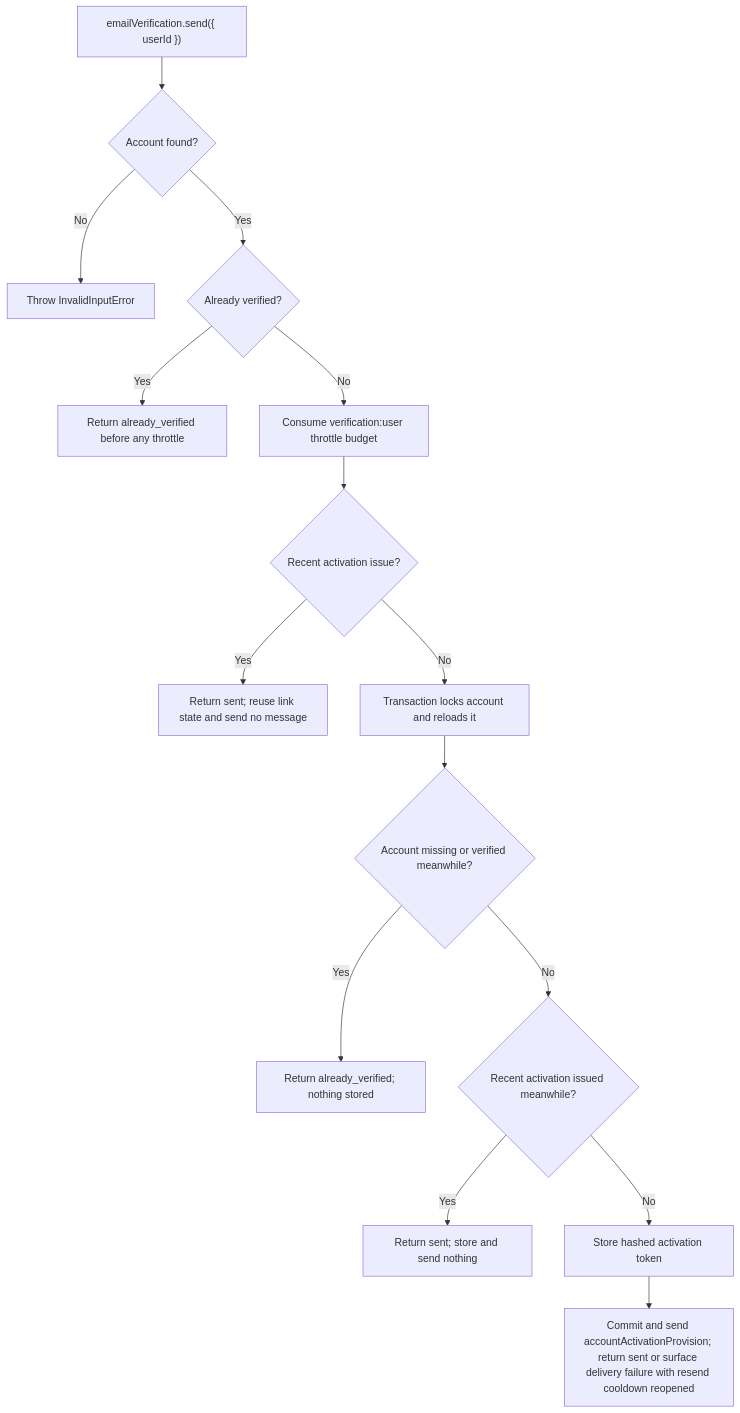
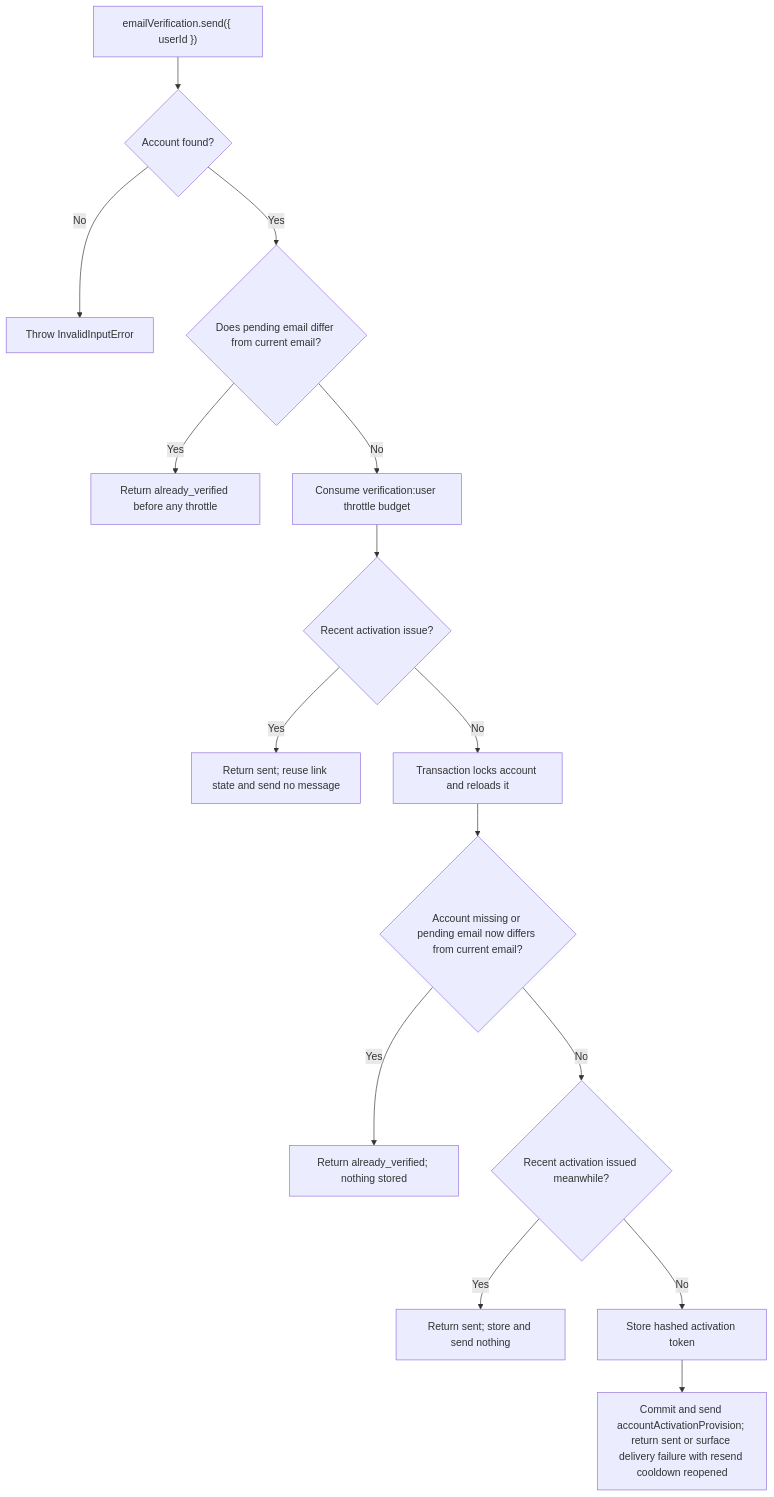
Before and after one commit to Kevinjohn/oss-adonisjs-account-kit: the second of 2 diagrams in user-stories/US-ACCOUNT-37-resend-verification.md, drawn with Mermaid. The commit also changed other lines of this file and 15 other files, not shown here.

````diff
--- a/user-stories/US-ACCOUNT-37-resend-verification.md
+++ b/user-stories/US-ACCOUNT-37-resend-verification.md
@@ -32,17 +32,17 @@
 ```mermaid
 flowchart TD
  A["emailVerification.send({ userId })"] --> B{"Account found?"}
  B -->|No| X["Throw InvalidInputError"]
- B -->|Yes| C{"Already verified?"}
+ B -->|Yes| C{"Does pending email differ from current email?"}
  C -->|Yes| D["Return already_verified before any throttle"]
  C -->|No| T["Consume verification:user throttle budget"]
  T --> R{"Recent activation issue?"}
  R -->|Yes| E["Return sent; reuse link state and send no message"]
  R -->|No| F["Transaction locks account and reloads it"]
- F --> F1{"Account missing or verified meanwhile?"}
+ F --> F1{"Account missing or pending email now differs from current email?"}
  F1 -->|Yes| D2["Return already_verified; nothing stored"]
  F1 -->|No| F2{"Recent activation issued meanwhile?"}
  F2 -->|Yes| E2["Return sent; store and send nothing"]
  F2 -->|No| F3["Store hashed activation token"]
  F3 --> G["Commit and send accountActivationProvision; return sent or surface delivery failure with resend cooldown reopened"]
 ```
````
